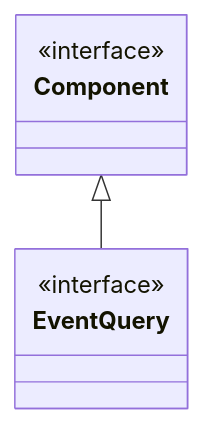
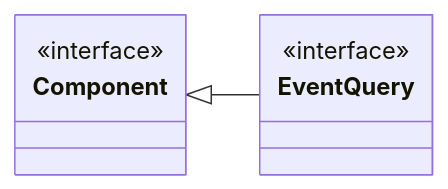
The eighth of 9 diagrams in README.md (data-positioning/datapos-shared), drawn with Mermaid before and after one commit. The commit also changed other lines of this file and 2 other files, not shown here.

````diff
--- a/README.md
+++ b/README.md
@@ -320,14 +319,14 @@
 ```mermaid
 classDiagram
-    direction TB
+    direction LR
 
     class Component {
         <<interface>>
     }
 
     Component <|-- EventQuery
 
     class EventQuery {
         <<interface>>
     }
 ```
````
